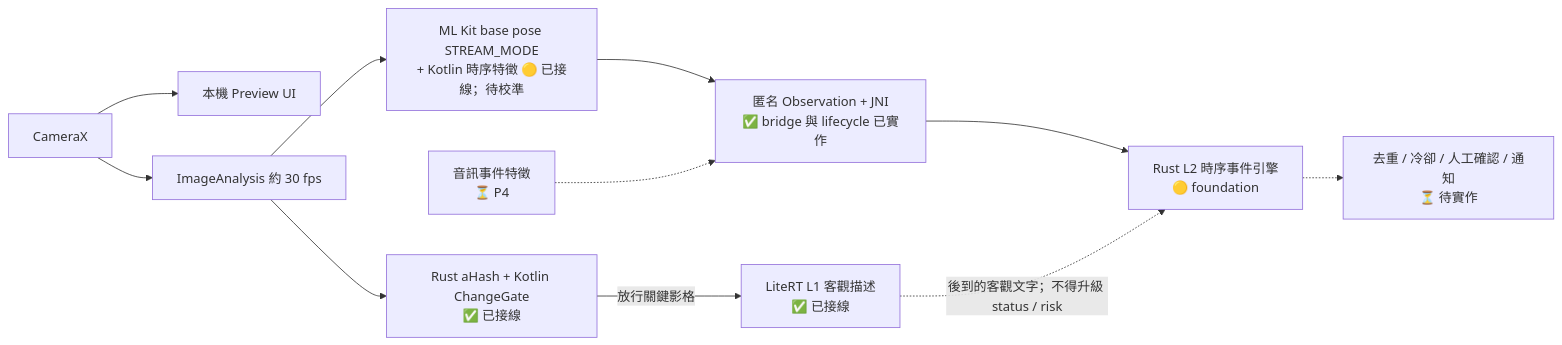
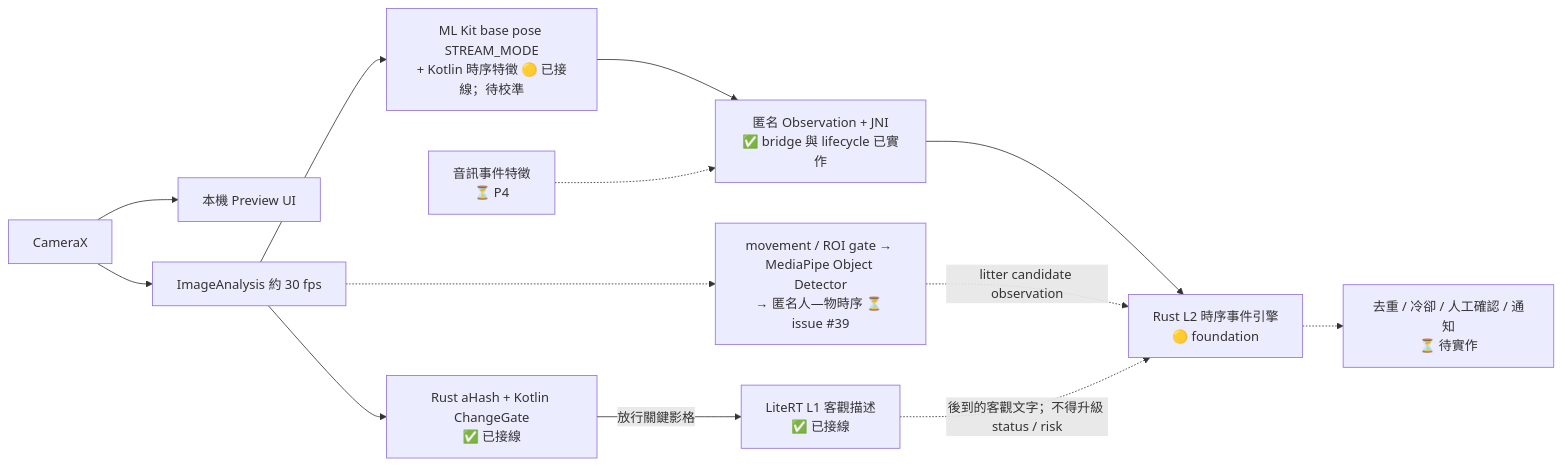
One commit to TingFengChou/claustrum changed the second of 4 diagrams in README.md. Above: the diagram before and after it, drawn with Mermaid. The commit also changed other lines of this file and 17 other files, not shown here.

````diff
--- a/README.md
+++ b/README.md
@@ -123,22 +127,25 @@
 ```mermaid
 flowchart LR
   CAM["CameraX"]
   PREVIEW["本機 Preview UI"]
   IA["ImageAnalysis 約 30 fps"]
   L0["Rust aHash + Kotlin ChangeGate<br/>✅ 已接線"]
   L1["LiteRT L1 客觀描述<br/>✅ 已接線"]
   EXT["ML Kit base pose STREAM_MODE<br/>+ Kotlin 時序特徵 🟡 已接線；待校準"]
+  OBJ["movement / ROI gate → MediaPipe Object Detector<br/>→ 匿名人—物時序 ⏳ issue #39"]
   OBS["匿名 Observation + JNI<br/>✅ bridge 與 lifecycle 已實作"]
   L2["Rust L2 時序事件引擎<br/>🟡 foundation"]
   POLICY["去重 / 冷卻 / 人工確認 / 通知<br/>⏳ 待實作"]
   AUDIO["音訊事件特徵<br/>⏳ P4"]
 
   CAM --> PREVIEW
   CAM --> IA --> L0 -->|"放行關鍵影格"| L1
   IA --> EXT
+  IA -.-> OBJ
   EXT --> OBS
   OBS --> L2
+  OBJ -.->|"litter candidate observation"| L2
   L2 -.-> POLICY
   AUDIO -.-> OBS
   L1 -.->|"後到的客觀文字；不得升級 status / risk"| L2
 ```
````
